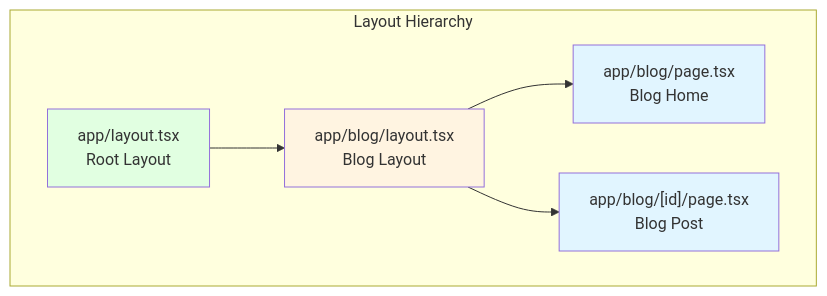
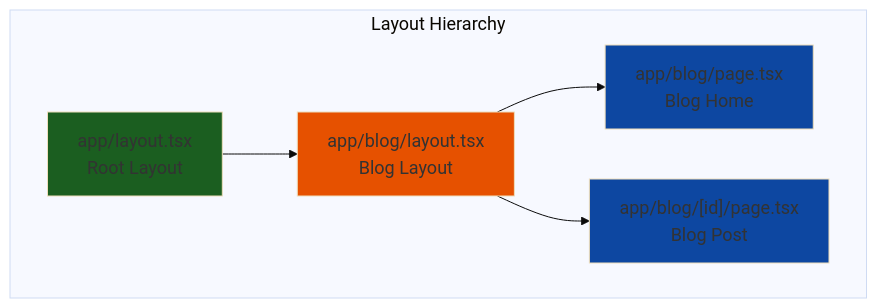
Before and after one commit to Ai-Whisperers/Courses-Content: the sixth of 7 diagrams in courses/🟡-development/FPUNA-2026/01-DESARROLLO-SOFTWARE/especializaciones/web-development/01-fundamentos-nextjs.md, drawn with Mermaid. The commit also changed other lines of this file and 47 other files, not shown here.

First line of the commit message:
fix: Make all 473 diagrams WCAG AAA accessible (FPUNA-2026)

````diff
--- a/courses/🟡-development/FPUNA-2026/01-DESARROLLO-SOFTWARE/especializaciones/web-development/01-fundamentos-nextjs.md
+++ b/courses/🟡-development/FPUNA-2026/01-DESARROLLO-SOFTWARE/especializaciones/web-development/01-fundamentos-nextjs.md
@@ -658,18 +663,19 @@
 ```mermaid
+%%{init: {'theme':'base', 'themeVariables': {'fontSize':'18px'}}}%%
 graph TD
     subgraph "Layout Hierarchy"
         A[app/layout.tsx<br/>Root Layout]
         B[app/blog/layout.tsx<br/>Blog Layout]
         C[app/blog/page.tsx<br/>Blog Home]
         D["app/blog/[id]/page.tsx<br/>Blog Post"]
         
         A --> B
         B --> C
         B --> D
     end
     
-    style A fill:#E1FFE1
-    style B fill:#FFF4E1
-    style C fill:#E1F5FF
-    style D fill:#E1F5FF
+    style A fill:#1b5e20
+    style B fill:#e65100
+    style C fill:#0d47a1
+    style D fill:#0d47a1
 ```
````
